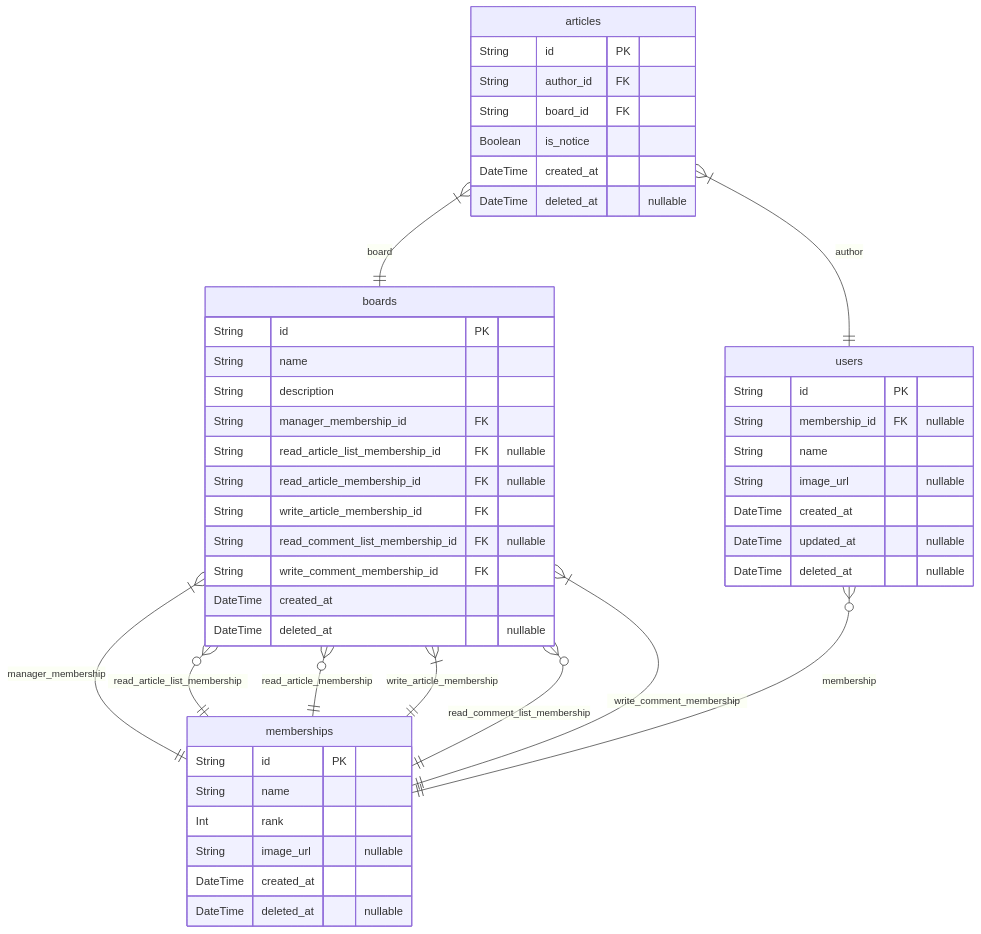
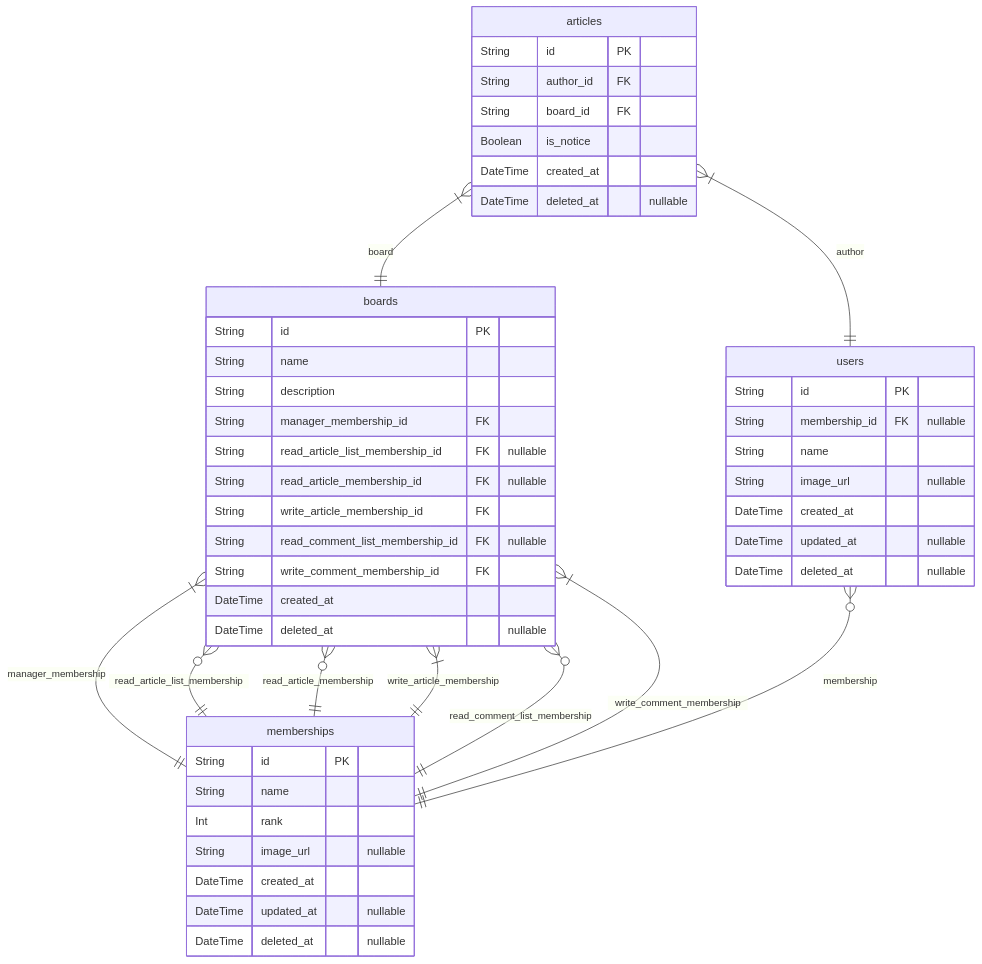
The second of 5 diagrams in ERD.md (rojiwon123/bbs), drawn with Mermaid before and after one commit. The commit also changed other lines of this file and 27 other files, not shown here.

````diff
--- a/ERD.md
+++ b/ERD.md
@@ -373,50 +375,51 @@
 ```mermaid
 erDiagram
 articles {
     String id PK
     String author_id FK
     String board_id FK
     Boolean is_notice
     DateTime created_at
     DateTime deleted_at "nullable"
 }
 boards {
     String id PK
     String name
     String description
     String manager_membership_id FK
     String read_article_list_membership_id FK "nullable"
     String read_article_membership_id FK "nullable"
     String write_article_membership_id FK
     String read_comment_list_membership_id FK "nullable"
     String write_comment_membership_id FK
     DateTime created_at
     DateTime deleted_at "nullable"
 }
 memberships {
     String id PK
     String name
     Int rank
     String image_url "nullable"
     DateTime created_at
+    DateTime updated_at "nullable"
     DateTime deleted_at "nullable"
 }
 users {
     String id PK
     String membership_id FK "nullable"
     String name
     String image_url "nullable"
     DateTime created_at
     DateTime updated_at "nullable"
     DateTime deleted_at "nullable"
 }
 articles }|--|| users : author
 articles }|--|| boards : board
 boards }|--|| memberships : manager_membership
 boards }o--|| memberships : read_article_list_membership
 boards }o--|| memberships : read_article_membership
 boards }|--|| memberships : write_article_membership
 boards }o--|| memberships : read_comment_list_membership
 boards }|--|| memberships : write_comment_membership
 users }o--|| memberships : membership
 ```
````
